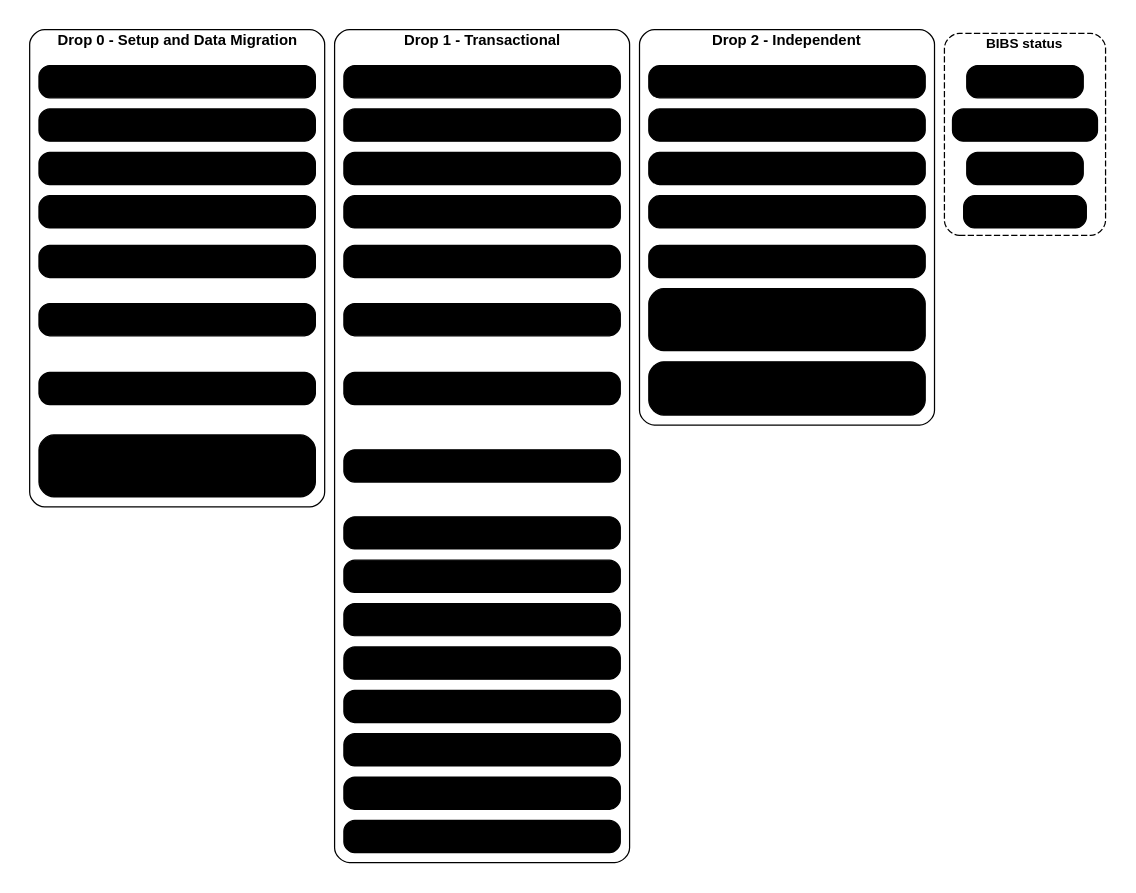
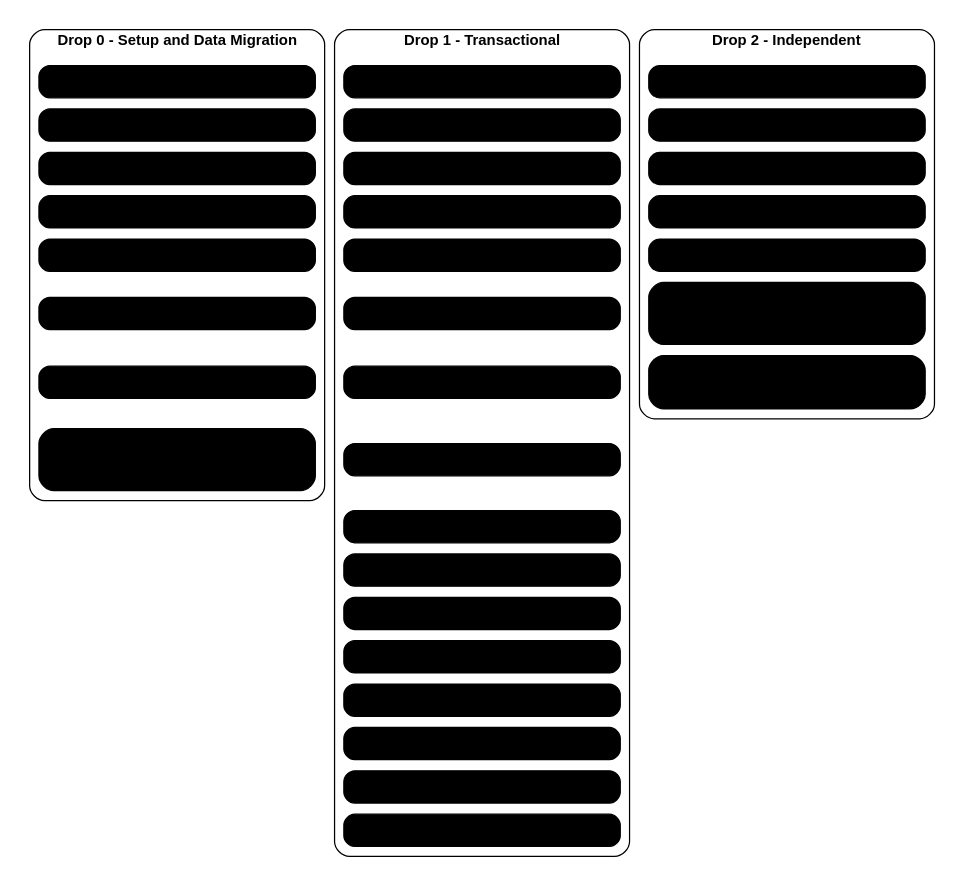
Before and after one commit to IortaTexhNXT-DEV/FinVerse: the diagram in docs/deliverables/src/alignment/figures/al_drop_map.dot, drawn with Graphviz. The commit also changed 5 other files, not shown here.

Commit message:
Clean the programme alignment pack of build status, fit classes and internal names

```diff
--- a/docs/deliverables/src/alignment/figures/al_drop_map.dot
+++ b/docs/deliverables/src/alignment/figures/al_drop_map.dot
@@ -1,60 +1,52 @@
-// Programme alignment: the BDOI drops, their items and the BIBS build status of each item.
+// Programme alignment: the BDOI drops and their items.
 digraph al_drop_map {
   graph [rankdir=TB, fontname="Arial", nodesep=0.18, ranksep=0.12, bgcolor="white", pad=0.12, newrank=true];
   node  [shape=box, style="rounded,filled", color="@HEADER_BLUE", penwidth=1.0, fontname="Arial",
          fontsize=11, fontcolor="@NEAR_BLACK", width=3.1, height=0.36, margin="0.08,0.03", fillcolor="@WHITE"];
   edge  [style=invis];
 
   subgraph cluster_d0 {
     label=<<b>Drop 0 - Setup and Data Migration</b>>; fontsize=12; fontcolor="@HEADER_BLUE"; style="rounded"; color="@HEADER_BLUE"; margin=8;
-    d01 [label="Accessibility & Login", fillcolor="@BG_BLUE"];
-    d02 [label="Authorization", fillcolor="@SUCCESS_BG"];
-    d03 [label="User Maintenance", fillcolor="@SUCCESS_BG"];
-    d04 [label="Data Management", fillcolor="@BG_BLUE"];
-    d05 [label="Workflow", fillcolor="@SUCCESS_BG"];
-    d06 [label="Product Maintenance", fillcolor="@SUCCESS_BG"];
-    d0m [label="Data Migration (BRD-13)", fillcolor="@AMBER_BG"];
+    d01 [label="Accessibility & Login"];
+    d02 [label="Authorization"];
+    d03 [label="User Maintenance"];
+    d04 [label="Data Management"];
+    d05 [label="Workflow"];
+    d06 [label="Product Maintenance"];
+    d0m [label="Data Migration (BRD-13)"];
     d0i [label=<<font point-size="9">EIAM, UIDM-ISC, LMS, HL-LOAS, PMS,<br/>CMS / New BOB, OBPCS, Old BOB, AFTS,<br/>ECM, CCM, M365, TFS (manual)</font>>, fillcolor="@DIRTY_WHITE", color="@MUTED", height=0.7];
     d01 -> d02 -> d03 -> d04 -> d05 -> d06 -> d0m -> d0i;
   }
   subgraph cluster_d1 {
     label=<<b>Drop 1 - Transactional</b>>; fontsize=12; fontcolor="@HEADER_BLUE"; style="rounded"; color="@HEADER_BLUE"; margin=8;
-    u1 [label="U1 Client Onboarding", fillcolor="@BG_BLUE"];
-    u2 [label="U2 Quotation or Proposal", fillcolor="@SUCCESS_BG"];
-    u3 [label="U3 Account Creation / Maint.", fillcolor="@BG_BLUE"];
-    u4 [label="U4 Submitted Policy", fillcolor="@AMBER_BG"];
-    u5 [label="U5 Renewal", fillcolor="@AMBER_BG"];
-    u6 [label="U6 Placement & ePolicy", fillcolor="@BG_BLUE"];
-    u7 [label="U7 Booking", fillcolor="@BG_BLUE"];
-    u8 [label="U8 Accounting / GL", fillcolor="@SUCCESS_BG"];
-    u9 [label="U9 Reports (upstream)", fillcolor="@BG_BLUE"];
-    x1 [label="D1 Disbursement", fillcolor="@SUCCESS_BG"];
-    x2 [label="D2 Cashiering", fillcolor="@SUCCESS_BG"];
-    x3 [label="D3 Remittance (+ RI transactions)", fillcolor="@SUCCESS_BG"];
-    x4 [label="D4 Adjustment / Cancellation", fillcolor="@SUCCESS_BG"];
-    x5 [label="D5 Accounting / GL", fillcolor="@SUCCESS_BG"];
-    x6 [label="D6 Reports (BIR / regulatory)", fillcolor="@SUCCESS_BG"];
-    x7 [label="D7 Commission Receivables (DP)", fillcolor="@SUCCESS_BG"];
+    u1 [label="U1 Client Onboarding"];
+    u2 [label="U2 Quotation or Proposal"];
+    u3 [label="U3 Account Creation / Maint."];
+    u4 [label="U4 Submitted Policy"];
+    u5 [label="U5 Renewal"];
+    u6 [label="U6 Placement & ePolicy"];
+    u7 [label="U7 Booking"];
+    u8 [label="U8 Accounting / GL"];
+    u9 [label="U9 Reports (upstream)"];
+    x1 [label="D1 Disbursement"];
+    x2 [label="D2 Cashiering"];
+    x3 [label="D3 Remittance (+ RI transactions)"];
+    x4 [label="D4 Adjustment / Cancellation"];
+    x5 [label="D5 Accounting / GL"];
+    x6 [label="D6 Reports (BIR / regulatory)"];
+    x7 [label="D7 Commission Receivables (DP)"];
     u1 -> u2 -> u3 -> u4 -> u5 -> u6 -> u7 -> u8 -> u9 -> x1 -> x2 -> x3 -> x4 -> x5 -> x6 -> x7;
   }
   subgraph cluster_d2 {
     label=<<b>Drop 2 - Independent</b>>; fontsize=12; fontcolor="@HEADER_BLUE"; style="rounded"; color="@HEADER_BLUE"; margin=8;
-    i1 [label="Marketing Collection (extraction)", fillcolor="@SUCCESS_BG"];
-    i2 [label="Claims", fillcolor="@YELLOW"];
-    i3 [label="Production Reconciliation", fillcolor="@SUCCESS_BG"];
-    i4 [label="Employee Benefits (no portal)", fillcolor="@AMBER_BG"];
-    i5 [label="Other Reports", fillcolor="@BG_BLUE"];
+    i1 [label="Marketing Collection (extraction)"];
+    i2 [label="Claims"];
+    i3 [label="Production Reconciliation"];
+    i4 [label="Employee Benefits (no portal)"];
+    i5 [label="Other Reports"];
     i0 [label=<<font point-size="9">EDP (SD 11), EGL, CARMS,<br/>HL-LOAS, Insurer System,<br/>Bridger Insight XG (manual)</font>>, fillcolor="@DIRTY_WHITE", color="@MUTED", height=0.7];
     np [label=<<b>Not placed on the slide</b><br/><font point-size="9">BRD-10 Sanction Screening<br/>BRD-9 CSF service requests</font>>, fillcolor="@DANGER_BG", color="@DANGER", height=0.6];
     i1 -> i2 -> i3 -> i4 -> i5 -> i0 -> np;
   }
-  subgraph cluster_key {
-    label=<<b>BIBS status</b>>; fontsize=11; fontcolor="@HEADER_BLUE"; style="rounded,dashed"; color="@MUTED"; margin=6;
-    k1 [label="Built", fillcolor="@SUCCESS_BG", width=1.3];
-    k2 [label="Built + designed parts", fillcolor="@BG_BLUE", width=1.3];
-    k3 [label="Being built", fillcolor="@YELLOW", width=1.3];
-    k4 [label="Designed, to build", fillcolor="@AMBER_BG", width=1.3];
-    k1 -> k2 -> k3 -> k4;
-  }
-  { rank=same; d01; u1; i1; k1; }
+  { rank=same; d01; u1; i1; }
 }
```
